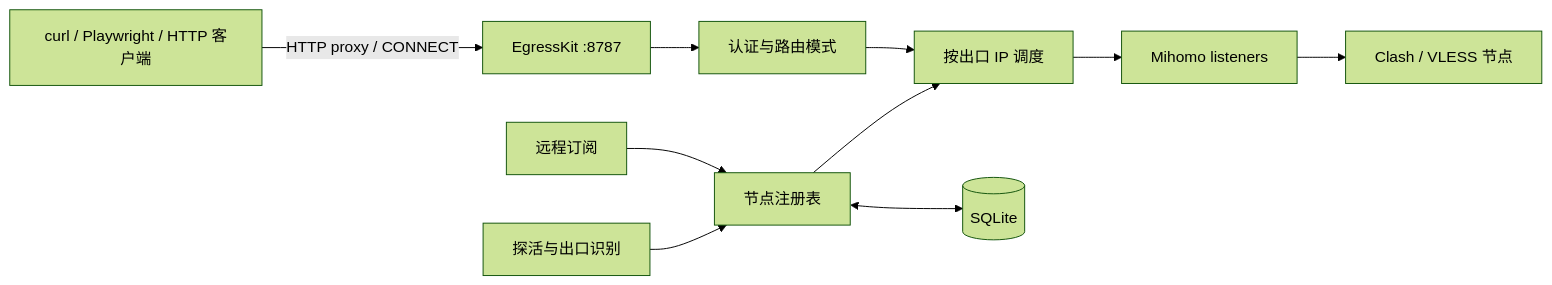
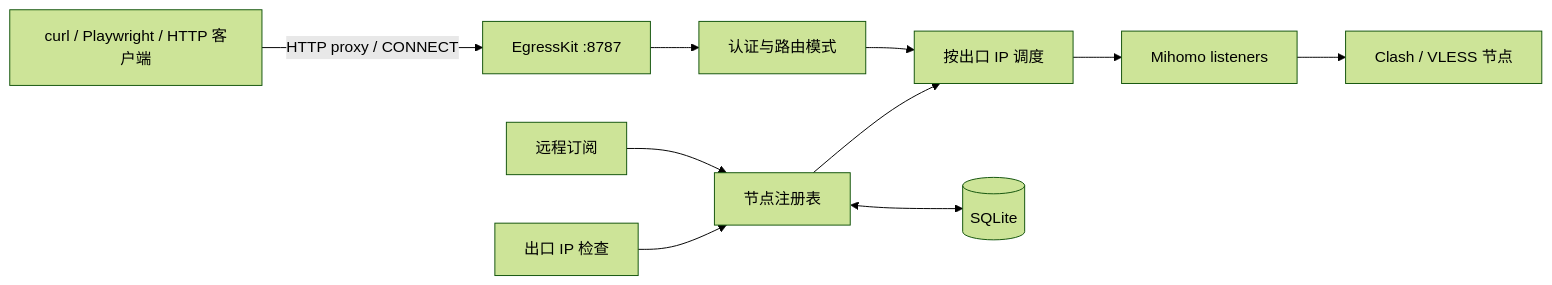
One commit to heyjunpenn/EgressKit changed the first of 2 diagrams in README.md. Above: the diagram before and after it, drawn with Mermaid (forest theme). The commit also changed other lines of this file and 21 other files, not shown here.

````diff
--- a/README.md
+++ b/README.md
@@ -128,12 +128,12 @@
 ```mermaid
 flowchart LR
     client["curl / Playwright / HTTP 客户端"] -->|"HTTP proxy / CONNECT"| gateway["EgressKit :8787"]
     gateway --> auth["认证与路由模式"]
     auth --> scheduler["按出口 IP 调度"]
     scheduler --> listeners["Mihomo listeners"]
     listeners --> nodes["Clash / VLESS 节点"]
     subscriptions["远程订阅"] --> registry["节点注册表"]
-    health["探活与出口识别"] --> registry
+    health["出口 IP 检查"] --> registry
     registry --> scheduler
     registry <--> sqlite[("SQLite")]
 ```
````
